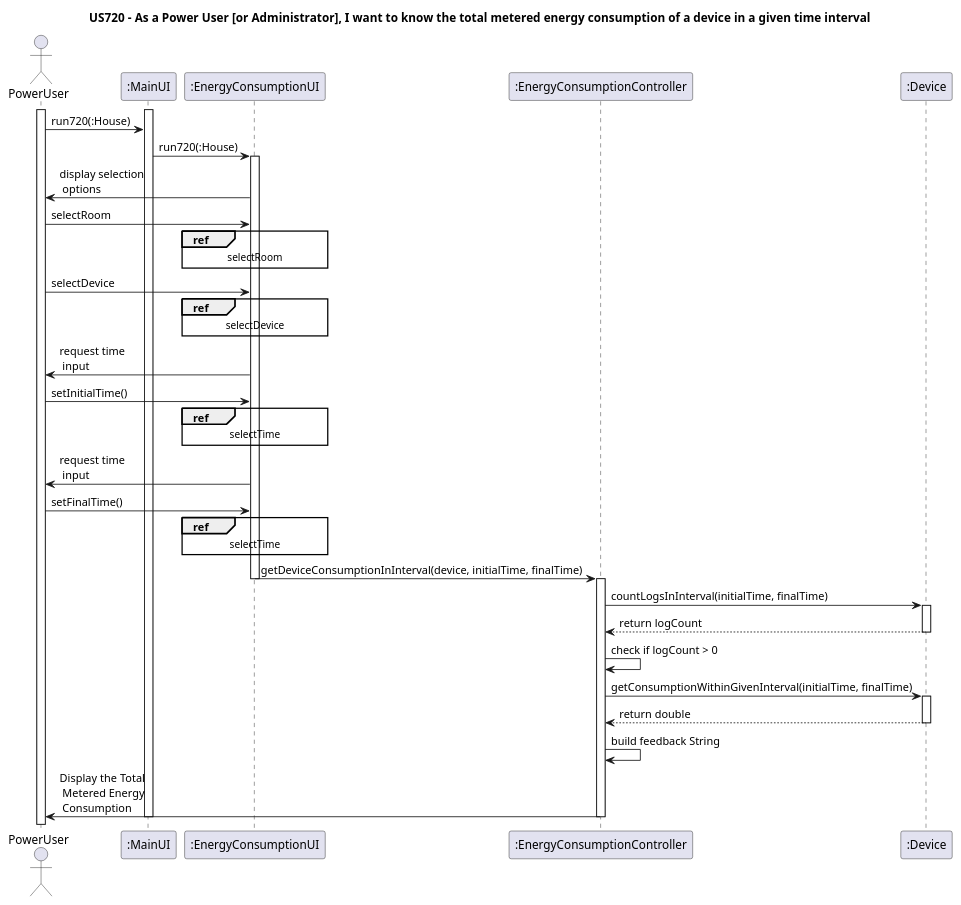
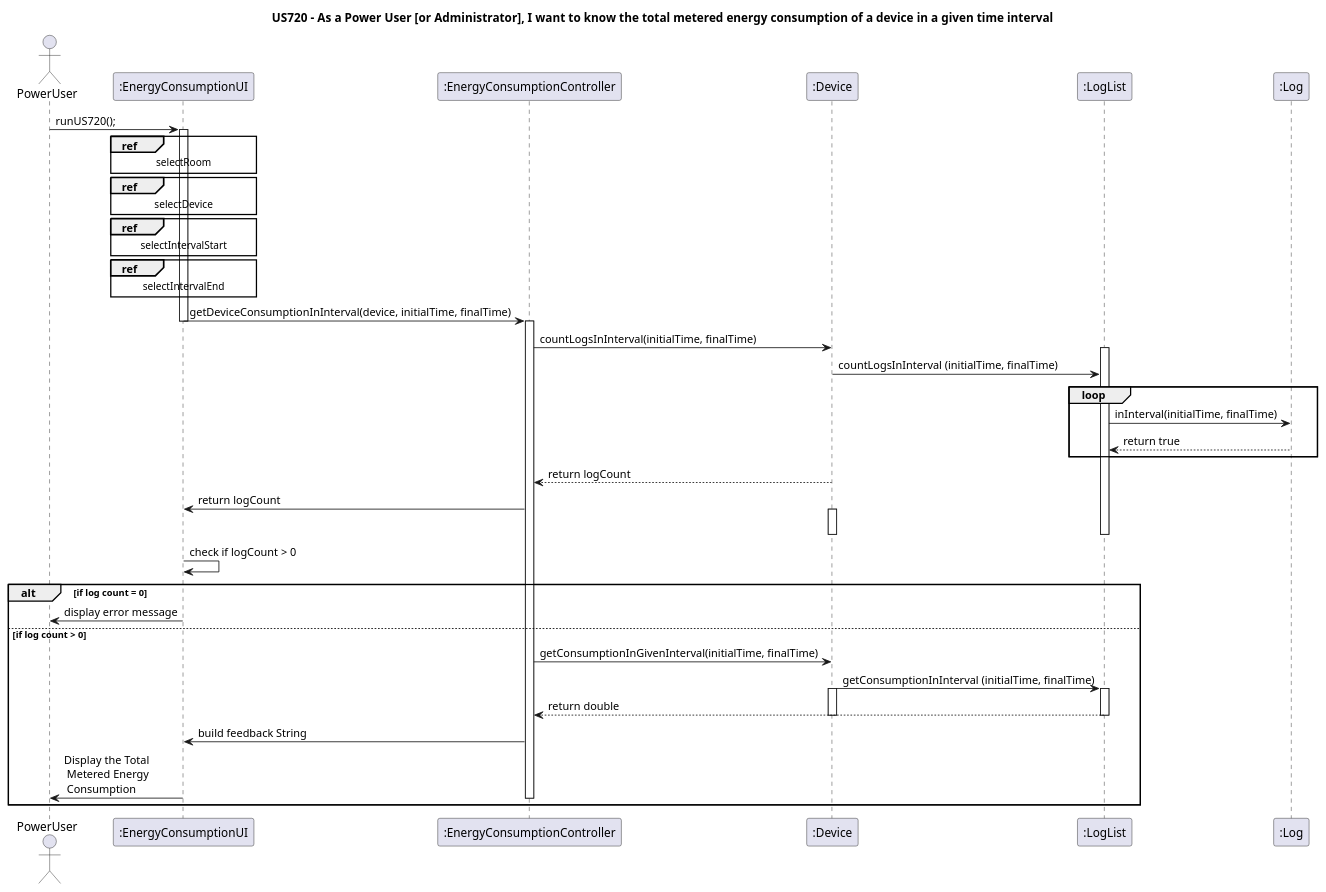
One commit to Almadanmp/project changed the diagram in uml/US720/US720.puml. Above: the diagram before and after it, drawn with PlantUML.

Commit message:
Fixes UML720 sequence diagram.

```diff
--- a/uml/US720/US720.puml
+++ b/uml/US720/US720.puml
@@ -1,45 +1,49 @@
 @startuml
 title US720 - As a Power User [or Administrator], I want to know the total metered energy consumption of a device in a given time interval
 actor PowerUser
-activate PowerUser
-activate ":MainUI"
-PowerUser ->":MainUI": run720(:House)
-":MainUI" ->":EnergyConsumptionUI": run720(:House)
+PowerUser -> ":EnergyConsumptionUI": runUS720();
 activate ":EnergyConsumptionUI"
-":EnergyConsumptionUI" -> PowerUser: display selection \n options
-PowerUser -> ":EnergyConsumptionUI": selectRoom
 ref over ":EnergyConsumptionUI"
 selectRoom
 end ref
-PowerUser -> ":EnergyConsumptionUI": selectDevice
 ref over ":EnergyConsumptionUI"
 selectDevice
 end ref
-":EnergyConsumptionUI" -> PowerUser: request time \n input
-PowerUser -> ":EnergyConsumptionUI": setInitialTime()
 ref over ":EnergyConsumptionUI"
-selectTime
+selectIntervalStart
 end ref
-":EnergyConsumptionUI" -> PowerUser: request time \n input
-PowerUser -> ":EnergyConsumptionUI": setFinalTime()
 ref over ":EnergyConsumptionUI"
-selectTime
+selectIntervalEnd
 end ref
 ":EnergyConsumptionUI" -> ":EnergyConsumptionController": getDeviceConsumptionInInterval(device, initialTime, finalTime)
 deactivate ":EnergyConsumptionUI"
 activate ":EnergyConsumptionController"
 deactivate ":EnergyConsumptionController"
 ":EnergyConsumptionController" -> ":Device": countLogsInInterval(initialTime, finalTime)
+activate ":LogList"
+":Device" -> ":LogList": countLogsInInterval (initialTime, finalTime)
+loop
+":LogList" -> ":Log": inInterval(initialTime, finalTime)
+":Log" --> ":LogList": return true
+end
+":Device" --> ":EnergyConsumptionController": return logCount
+":EnergyConsumptionController" -> ":EnergyConsumptionUI": return logCount
 activate ":Device"
-":Device" --> ":EnergyConsumptionController": return logCount
+deactivate ":LogList"
 deactivate ":Device"
-":EnergyConsumptionController" -> ":EnergyConsumptionController": check if logCount > 0
-":EnergyConsumptionController" -> ":Device": getConsumptionWithinGivenInterval(initialTime, finalTime)
+":EnergyConsumptionUI" -> ":EnergyConsumptionUI": check if logCount > 0
+alt if log count = 0
+":EnergyConsumptionUI" -> PowerUser: display error message
+else if log count > 0
+":EnergyConsumptionController" -> ":Device": getConsumptionInGivenInterval(initialTime, finalTime)
+":Device" -> ":LogList": getConsumptionInInterval (initialTime, finalTime)
+activate ":LogList"
 activate ":Device"
-":Device" --> ":EnergyConsumptionController": return double
+":LogList" --> ":EnergyConsumptionController": return double
 deactivate ":Device"
-":EnergyConsumptionController" -> ":EnergyConsumptionController": build feedback String
-":EnergyConsumptionController" -> PowerUser: Display the Total\n Metered Energy \n Consumption
+deactivate ":LogList"
+":EnergyConsumptionController" -> ":EnergyConsumptionUI": build feedback String
+":EnergyConsumptionUI" -> PowerUser: Display the Total\n Metered Energy \n Consumption
 deactivate ":EnergyConsumptionController"
-deactivate ":MainUI"
+end alt
 @enduml
```
